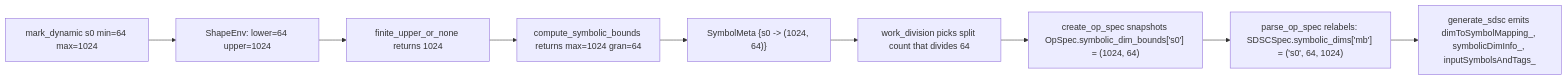
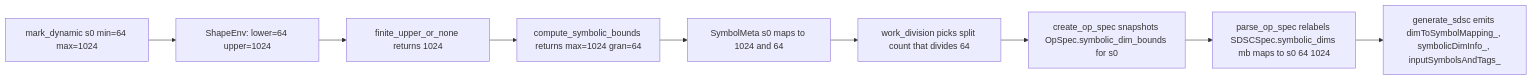
Before and after one commit to Vivek1258/torch-spyre: the fourth of 5 diagrams in docs/source/compiler/Torch_Spyre_Dynamic_Shapes_Design.md, drawn with Mermaid. The commit also changed other lines of this file, not shown here.

````diff
--- a/docs/source/compiler/Torch_Spyre_Dynamic_Shapes_Design.md
+++ b/docs/source/compiler/Torch_Spyre_Dynamic_Shapes_Design.md
@@ -244,11 +275,11 @@
 ```mermaid
 flowchart LR
     A[mark_dynamic s0 min=64 max=1024] --> B[ShapeEnv: lower=64 upper=1024]
     B --> C["finite_upper_or_none returns 1024"]
     C --> D["compute_symbolic_bounds returns max=1024 gran=64"]
-    D --> E["SymbolMeta {s0 -> (1024, 64)}"]
+    D --> E["SymbolMeta s0 maps to 1024 and 64"]
     E --> F["work_division picks split count that divides 64"]
-    F --> G["create_op_spec snapshots OpSpec.symbolic_dim_bounds['s0'] = (1024, 64)"]
-    G --> H["parse_op_spec relabels: SDSCSpec.symbolic_dims['mb'] = ('s0', 64, 1024)"]
+    F --> G["create_op_spec snapshots OpSpec.symbolic_dim_bounds for s0"]
+    G --> H["parse_op_spec relabels SDSCSpec.symbolic_dims mb maps to s0 64 1024"]
     H --> I["generate_sdsc emits dimToSymbolMapping_, symbolicDimInfo_, inputSymbolsAndTags_"]
 ```
````
